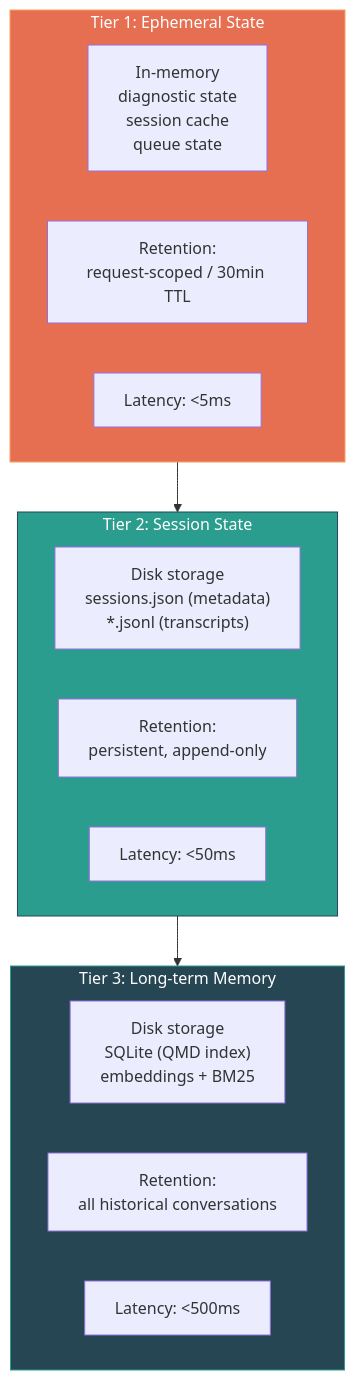
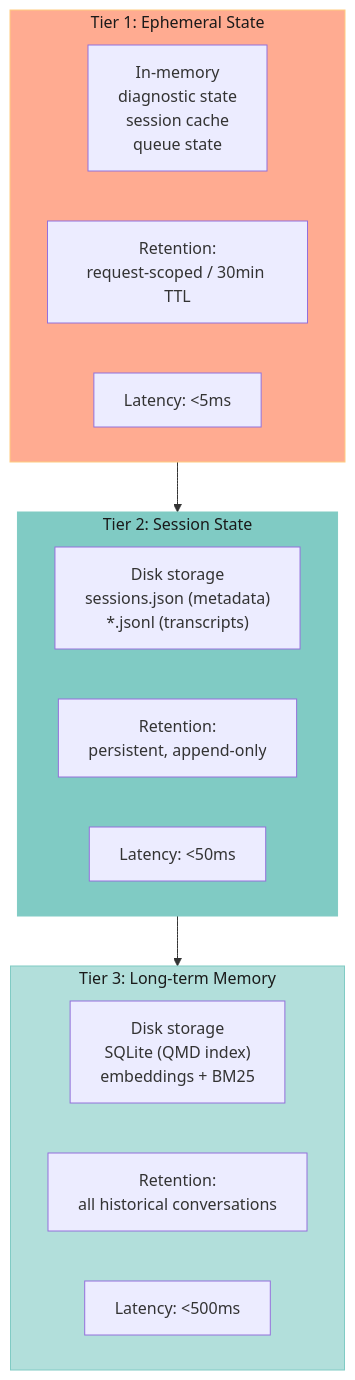
Diagram 15 of 44 in docs/reference/technical-architecture-report.md (lordaouy/openclaw), drawn with Mermaid before and after one commit. The commit also changed other lines of this file, not shown here.

First line of the commit message:
docs: replace dark Mermaid diagram colors with light readable palette

````diff
--- a/docs/reference/technical-architecture-report.md
+++ b/docs/reference/technical-architecture-report.md
@@ -874,29 +874,29 @@
 ```mermaid
 graph TB
     subgraph Tier1["Tier 1: Ephemeral State"]
         direction LR
         InMemory["In-memory\ndiagnostic state\nsession cache\nqueue state"]
         T1Retention["Retention:\nrequest-scoped / 30min TTL"]
         T1Latency["Latency: <5ms"]
     end
     
     subgraph Tier2["Tier 2: Session State"]
         direction LR
         DiskSession["Disk storage\nsessions.json (metadata)\n*.jsonl (transcripts)"]
         T2Retention["Retention:\npersistent, append-only"]
         T2Latency["Latency: <50ms"]
     end
     
     subgraph Tier3["Tier 3: Long-term Memory"]
         direction LR
         DiskMemory["Disk storage\nSQLite (QMD index)\nembeddings + BM25"]
         T3Retention["Retention:\nall historical conversations"]
         T3Latency["Latency: <500ms"]
     end
 
     Tier1 --> Tier2 --> Tier3
 
-    style Tier1 fill:#e76f51,stroke:#f4a261,color:white
-    style Tier2 fill:#2a9d8f,stroke:#264653,color:white
-    style Tier3 fill:#264653,stroke:#2a9d8f,color:white
+    style Tier1 fill:#ffab91,stroke:#ffcc80,color:#1a1a1a
+    style Tier2 fill:#80cbc4,stroke:#80cbc4,color:#1a1a1a
+    style Tier3 fill:#b2dfdb,stroke:#80cbc4,color:#1a1a1a
 ```
````
